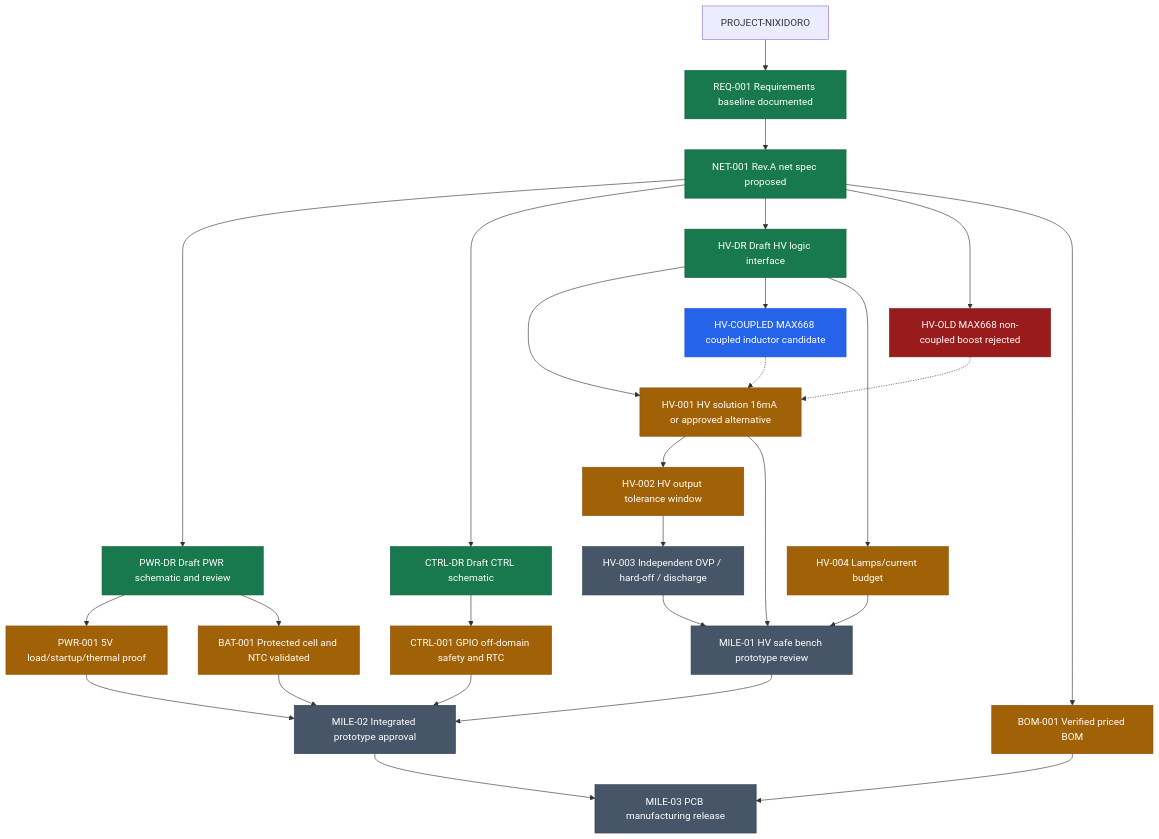
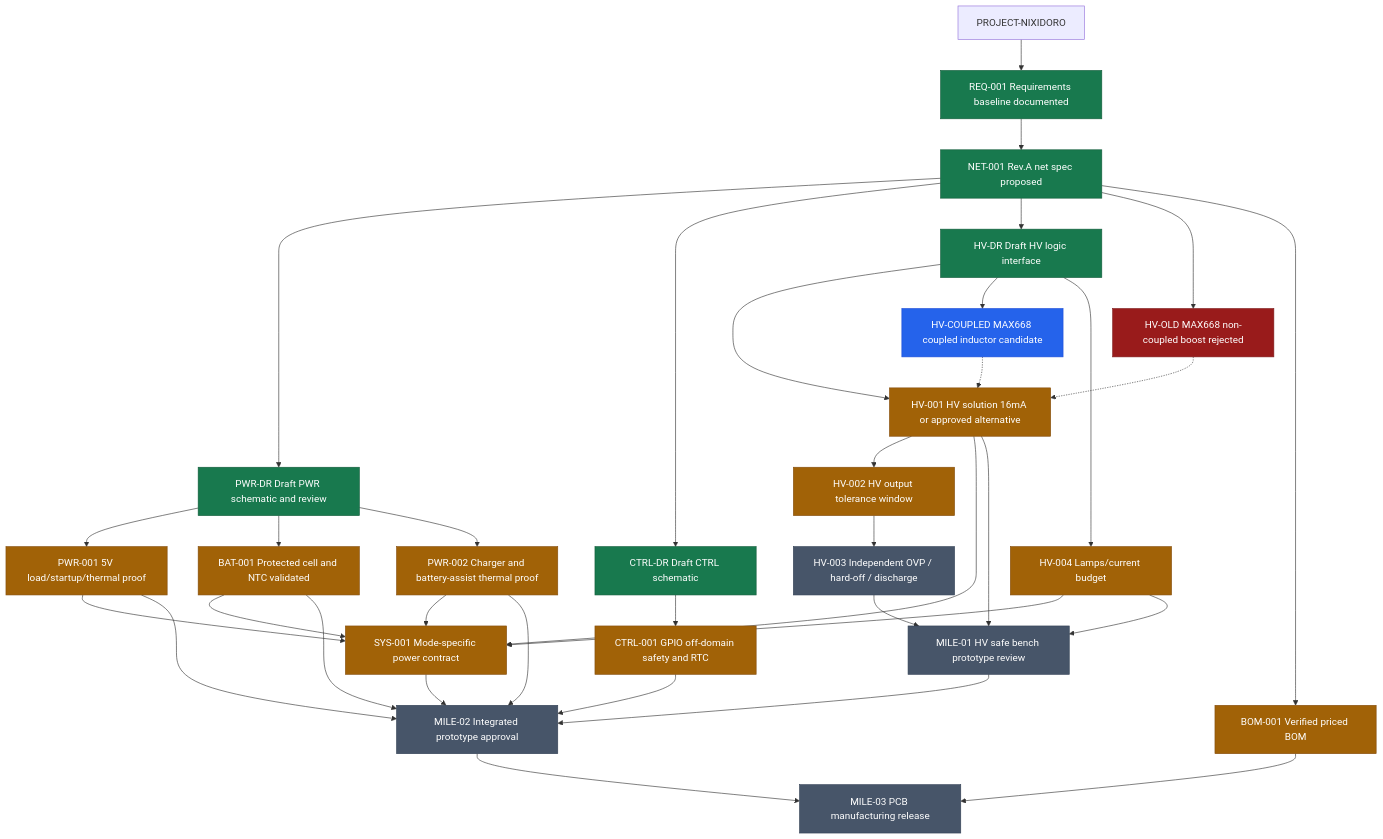
One commit to mitsu32m/PROJECT-NIXIDORO changed the diagram in docs/tech-tree.md. Above: the diagram before and after it, drawn with Mermaid. The commit also changed other lines of this file and 5 other files, not shown here.

Commit message:
docs: integrate HV power-contract priorities and pending review gates

````diff
--- a/docs/tech-tree.md
+++ b/docs/tech-tree.md
@@ -9,57 +9,67 @@
 ```mermaid
 flowchart TB
   ROOT["PROJECT-NIXIDORO"]
   REQ["REQ-001 Requirements baseline documented"]
   NET["NET-001 Rev.A net spec proposed"]
   PWRD["PWR-DR Draft PWR schematic and review"]
   CTRLD["CTRL-DR Draft CTRL schematic"]
   HVD["HV-DR Draft HV logic interface"]
   BOOST["HV-OLD MAX668 non-coupled boost rejected"]
   HVF["HV-001 HV solution 16mA or approved alternative"]
   COUPLED["HV-COUPLED MAX668 coupled inductor candidate"]
   HVW["HV-002 HV output tolerance window"]
   HVS["HV-003 Independent OVP / hard-off / discharge"]
   PWR["PWR-001 5V load/startup/thermal proof"]
   BAT["BAT-001 Protected cell and NTC validated"]
+  PWR2["PWR-002 Charger and battery-assist thermal proof"]
+  SYS["SYS-001 Mode-specific power contract"]
   LAMP["HV-004 Lamps/current budget"]
   CTRL["CTRL-001 GPIO off-domain safety and RTC"]
   BOM["BOM-001 Verified priced BOM"]
   HVPROTO["MILE-01 HV safe bench prototype review"]
   INTEG["MILE-02 Integrated prototype approval"]
   PCB["MILE-03 PCB manufacturing release"]
   ROOT --> REQ --> NET
   NET --> PWRD
   NET --> CTRLD
   NET --> HVD
   NET --> BOOST
   HVD --> HVF
   HVD --> COUPLED
   COUPLED -.-> HVF
   BOOST -.-> HVF
   HVF --> HVW
   HVW --> HVS
   HVD --> LAMP
   PWRD --> PWR
   PWRD --> BAT
+  PWRD --> PWR2
+  HVF --> SYS
+  LAMP --> SYS
+  PWR --> SYS
+  PWR2 --> SYS
+  BAT --> SYS
+  PWR2 --> INTEG
+  SYS --> INTEG
   CTRLD --> CTRL
   NET --> BOM
   HVS --> HVPROTO
   LAMP --> HVPROTO
   HVF --> HVPROTO
   PWR --> INTEG
   BAT --> INTEG
   CTRL --> INTEG
   HVPROTO --> INTEG
   BOM --> PCB
   INTEG --> PCB
   classDef documented fill:#18794e,color:#fff,stroke:#125c3b
   classDef active fill:#a16207,color:#fff,stroke:#854d0e
   classDef locked fill:#475569,color:#fff,stroke:#334155
   classDef rejected fill:#991b1b,color:#fff,stroke:#7f1d1d
   classDef alternative fill:#2563eb,color:#fff,stroke:#1d4ed8
   class REQ,NET,PWRD,CTRLD,HVD documented
-  class HVF,HVW,PWR,BAT,LAMP,CTRL,BOM active
+  class HVF,HVW,PWR,PWR2,SYS,BAT,LAMP,CTRL,BOM active
   class HVS,HVPROTO,INTEG,PCB locked
   class BOOST rejected
   class COUPLED alternative
 ```
````
